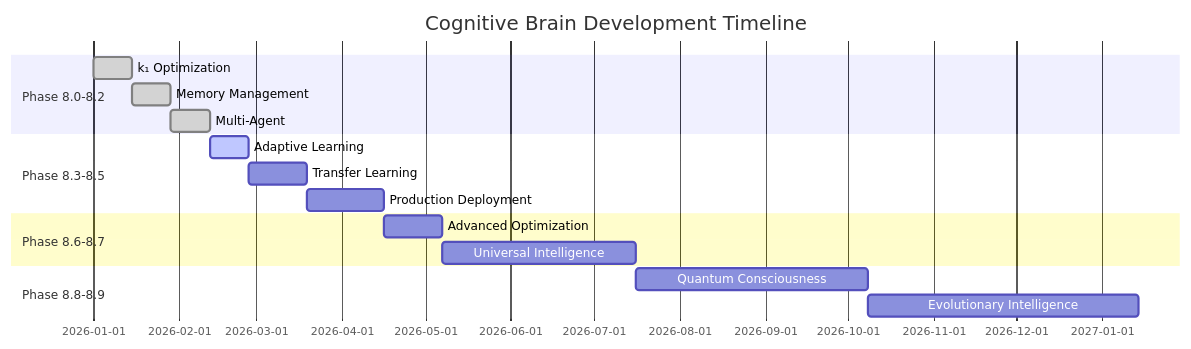
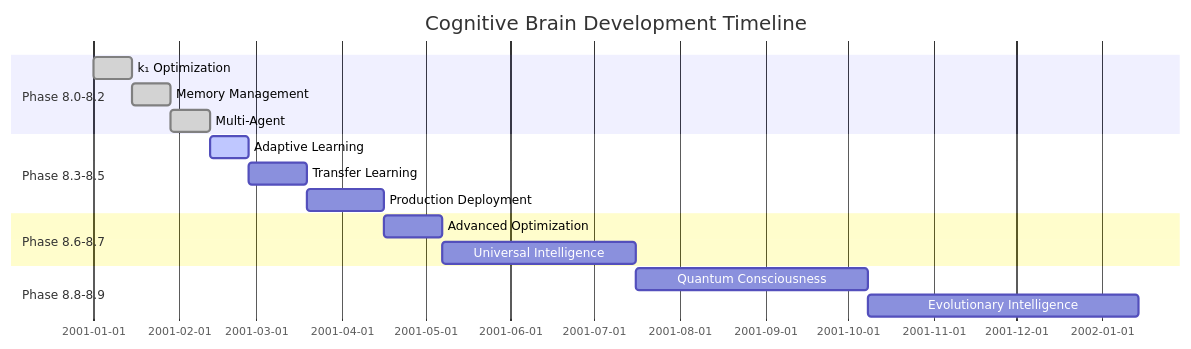
One commit to Aries-Serpent/_codex_ changed diagram 16 of 17 in .github/agents/COGNITIVE_BRAIN_ARCHITECTURE_DIAGRAMS.md. Above: the diagram before and after it, drawn with Mermaid. The commit also changed other lines of this file and 1179 other files, not shown here.

````diff
--- a/.github/agents/COGNITIVE_BRAIN_ARCHITECTURE_DIAGRAMS.md
+++ b/.github/agents/COGNITIVE_BRAIN_ARCHITECTURE_DIAGRAMS.md
@@ -916,22 +916,22 @@
 ```mermaid
 gantt
     title Cognitive Brain Development Timeline
     dateFormat YYYY-MM-DD
     section Phase 8.0-8.2
-    k₁ Optimization           :done, p80, 2026-01-01, 14d
+    k₁ Optimization           :done, p80, Current Cycle-01-01, 14d
     Memory Management         :done, p81, after p80, 14d
     Multi-Agent               :done, p82, after p81, 14d
     
     section Phase 8.3-8.5
     Adaptive Learning         :active, p83, after p82, 14d
     Transfer Learning         :p84, after p83, 21d
     Production Deployment     :p85, after p84, 28d
     
     section Phase 8.6-8.7
     Advanced Optimization     :p86, after p85, 21d
     Universal Intelligence    :p87, after p86, 70d
     
     section Phase 8.8-8.9
     Quantum Consciousness     :p88, after p87, 84d
     Evolutionary Intelligence :p89, after p88, 98d
 ```
````
